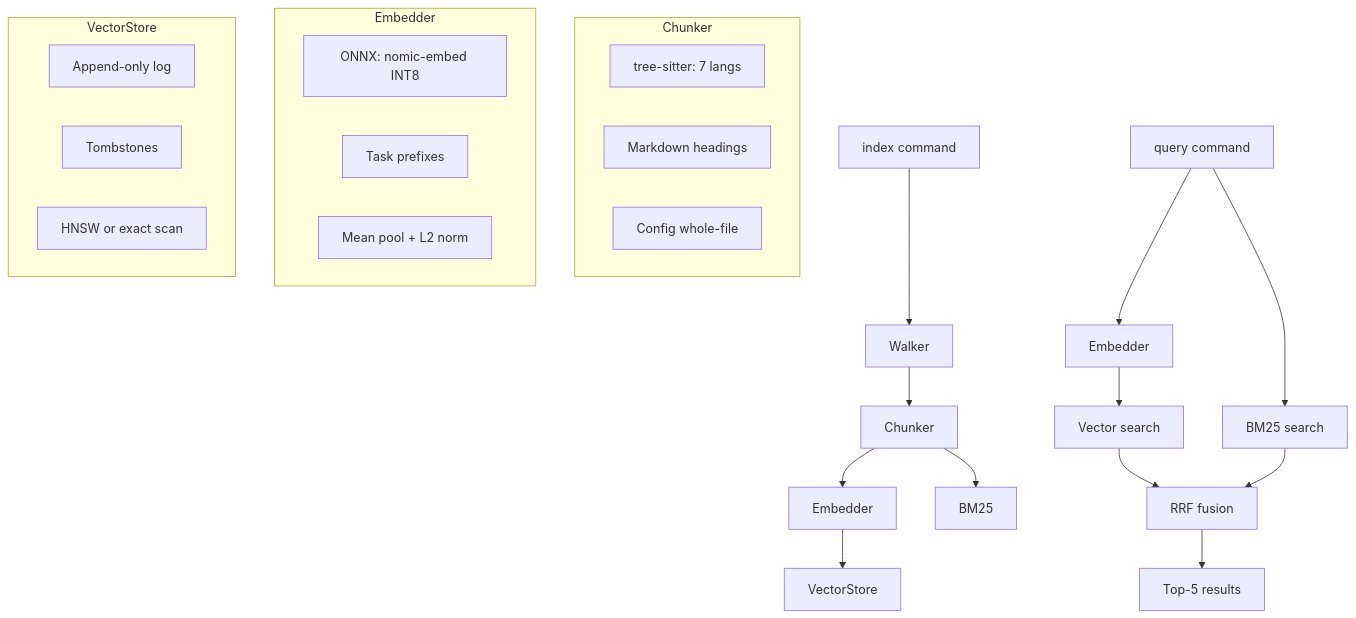
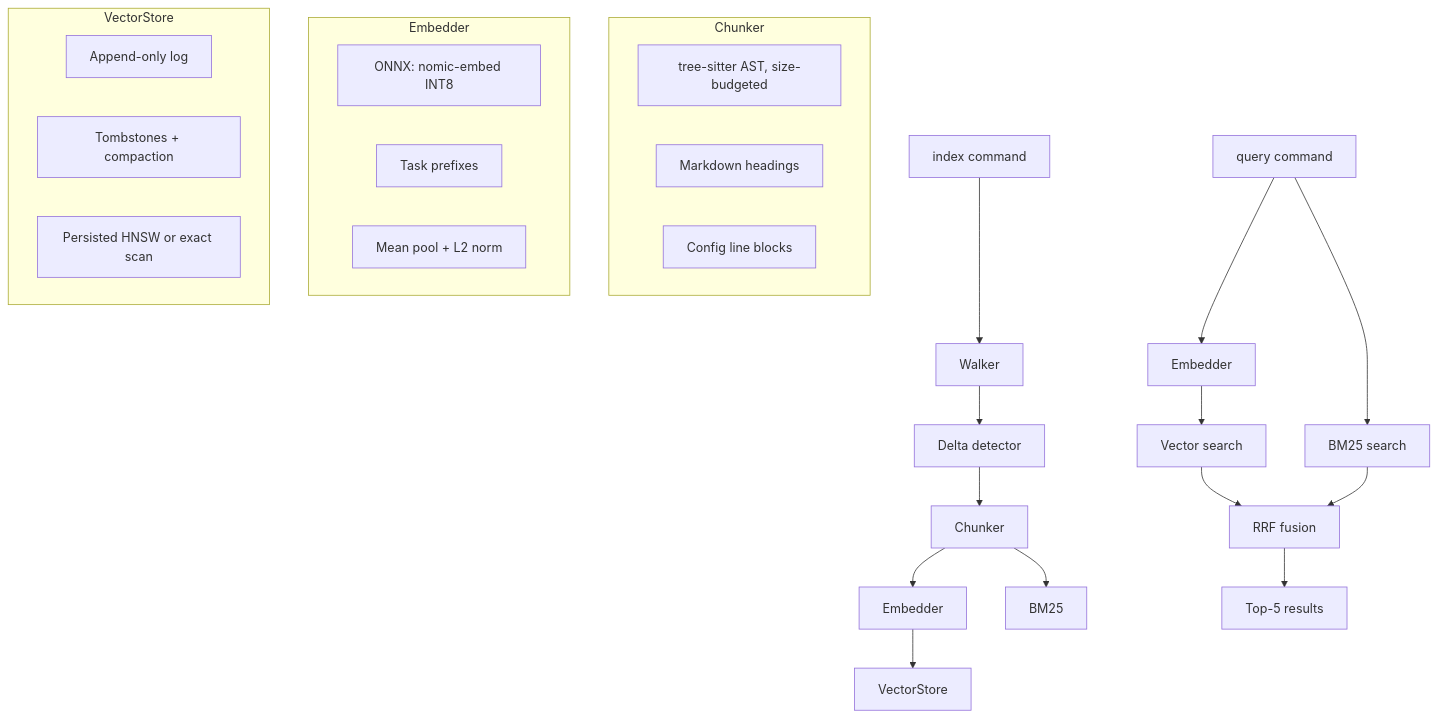
One commit to kunalgoesbyken/codebase-indexer changed the diagram in README.md. Above: the diagram before and after it, drawn with Mermaid. The commit also changed other lines of this file and 11 other files, not shown here.

````diff
--- a/README.md
+++ b/README.md
@@ -7,33 +7,34 @@
 ```mermaid
 flowchart TD
     INDEX["index command"] --> WALK[Walker]
-    WALK --> CHUNK[Chunker]
+    WALK --> DELTA[Delta detector]
+    DELTA --> CHUNK[Chunker]
     CHUNK --> EMB[Embedder]
     CHUNK --> BM25[BM25]
     EMB --> STORE[VectorStore]
 
     QUERY["query command"] --> QEMB[Embedder]
     QUERY --> QBM25[BM25 search]
     QEMB --> VEC[Vector search]
     VEC --> RRF[RRF fusion]
     QBM25 --> RRF
     RRF --> TOP5[Top-5 results]
 
     subgraph Chunker
-        TS[tree-sitter: 7 langs]
+        TS[tree-sitter AST, size-budgeted]
         MD[Markdown headings]
-        CFG[Config whole-file]
+        CFG[Config line blocks]
     end
 
     subgraph Embedder
         ORT[ONNX: nomic-embed INT8]
         PFX[Task prefixes]
         POOL[Mean pool + L2 norm]
     end
 
     subgraph VectorStore
         LOG[Append-only log]
-        TOMB[Tombstones]
-        HNSW[HNSW or exact scan]
+        TOMB[Tombstones + compaction]
+        HNSW[Persisted HNSW or exact scan]
     end
 ```
````
